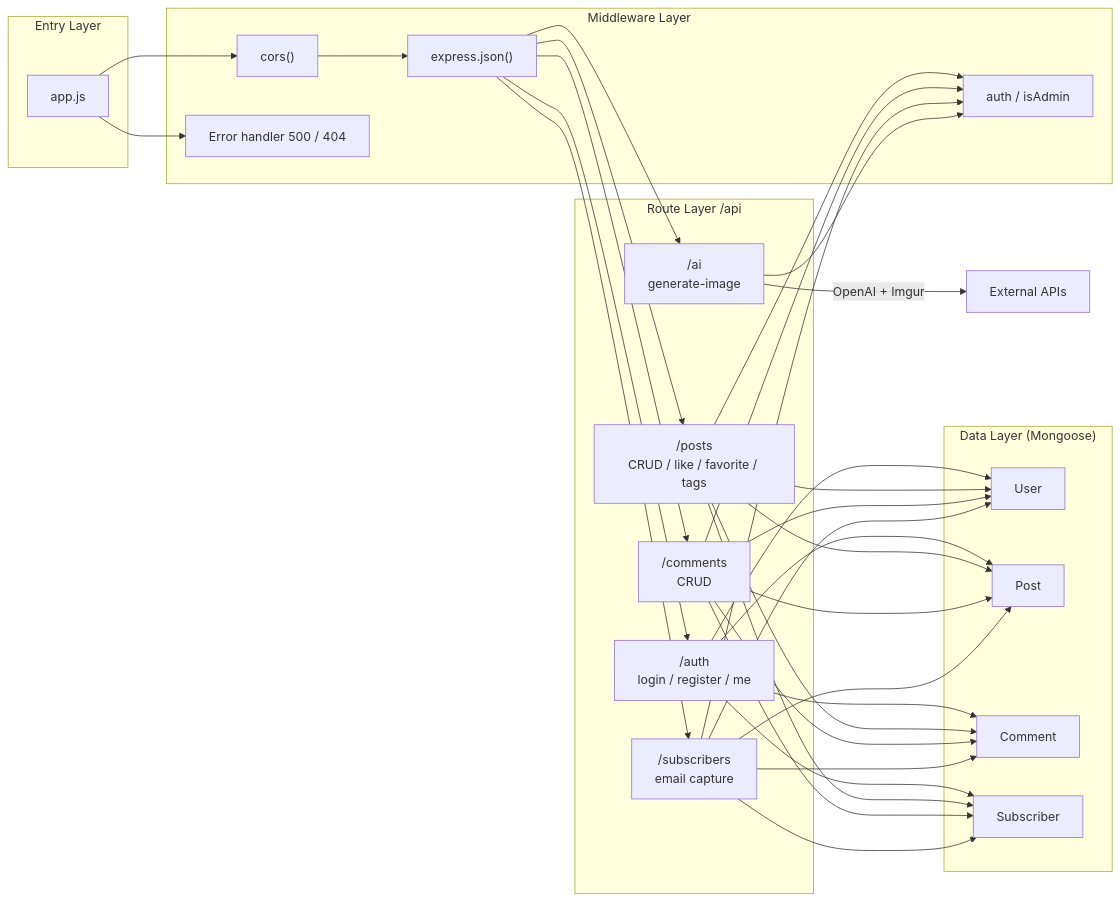
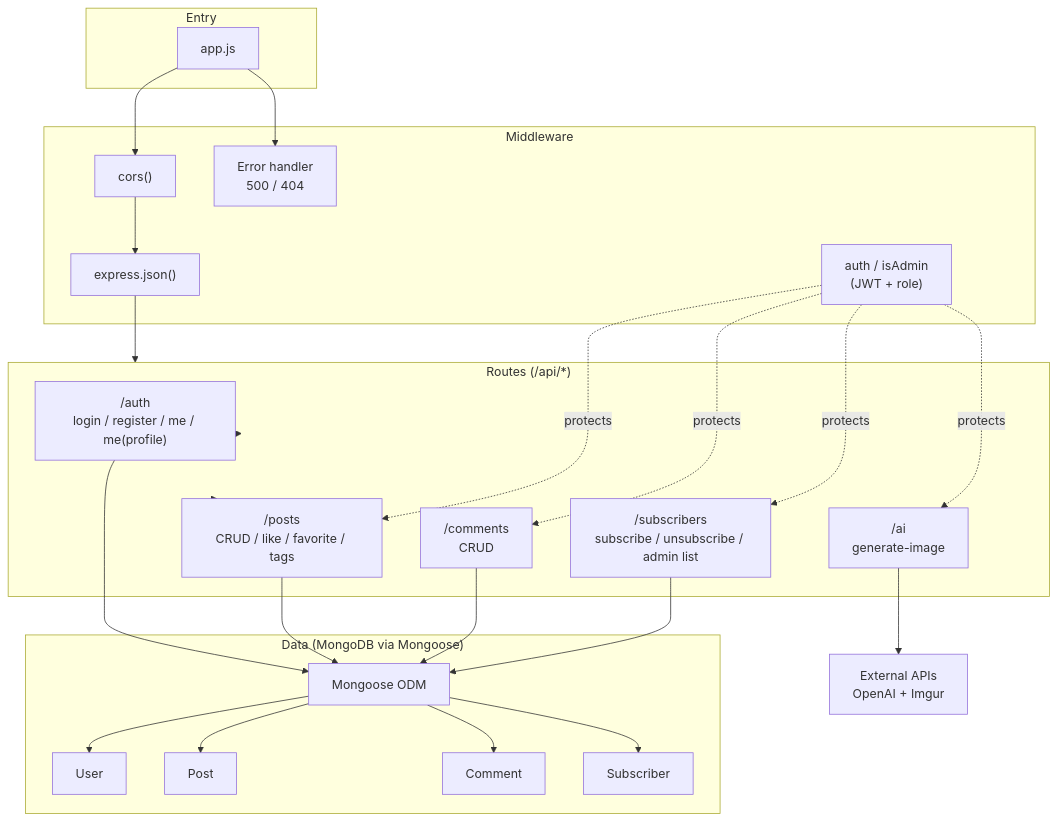
The first of 2 diagrams in docs/architecture/Backend-Architecture.md (MagicDogGuo/MyBlogPost), drawn with Mermaid before and after one commit.

Commit message:
Revise backend architecture documentation

````diff
--- a/docs/architecture/Backend-Architecture.md
+++ b/docs/architecture/Backend-Architecture.md
@@ -7,35 +7,52 @@
 ```mermaid
-flowchart LR
-    subgraph Entry["Entry Layer"]
+flowchart TB
+    %% Goal: keep lines readable by avoiding many-to-many edges.
+
+    subgraph Entry["Entry"]
         APP["app.js"]
     end
 
-    subgraph Middleware["Middleware Layer"]
+    subgraph Middleware["Middleware"]
         CORS["cors()"]
         JSON["express.json()"]
-        AUTH["auth / isAdmin"]
-        ERR["Error handler 500 / 404"]
+        AUTH["auth / isAdmin<br/>(JWT + role)"]
+        ERR["Error handler<br/>500 / 404"]
     end
 
-    subgraph Routes["Route Layer /api"]
-        R1["/auth<br/>login / register / me"]
-        R2["/posts<br/>CRUD / like / favorite / tags"]
-        R3["/comments<br/>CRUD"]
-        R4["/subscribers<br/>email capture"]
-        R5["/ai<br/>generate-image"]
+    subgraph Routes["Routes (/api/*)"]
+        R_AUTH["/auth<br/>login / register / me / me(profile)"]
+        R_POSTS["/posts<br/>CRUD / like / favorite / tags"]
+        R_COMMENTS["/comments<br/>CRUD"]
+        R_SUBS["/subscribers<br/>subscribe / unsubscribe / admin list"]
+        R_AI["/ai<br/>generate-image"]
     end
 
-    subgraph Models["Data Layer (Mongoose)"]
-        M1["User"]
-        M2["Post"]
-        M3["Comment"]
-        M4["Subscriber"]
+    subgraph Data["Data (MongoDB via Mongoose)"]
+        ODM["Mongoose ODM"]
+        U["User"]
+        P["Post"]
+        C["Comment"]
+        S["Subscriber"]
+        ODM --> U & P & C & S
     end
 
-    APP --> CORS --> JSON
-    JSON --> R1 & R2 & R3 & R4 & R5
-    R2 & R3 & R4 & R5 --> AUTH
-    R1 & R2 & R3 & R4 --> M1 & M2 & M3 & M4
-    R5 -->|"OpenAI + Imgur"| EXT["External APIs"]
+    EXT["External APIs<br/>OpenAI + Imgur"]
+
+    APP --> CORS --> JSON --> Routes
     APP --> ERR
+
+    Routes --> R_AUTH & R_POSTS & R_COMMENTS & R_SUBS & R_AI
+
+    %% Auth is applied only on protected routes
+    AUTH -.protects.-> R_POSTS
+    AUTH -.protects.-> R_COMMENTS
+    AUTH -.protects.-> R_SUBS
+    AUTH -.protects.-> R_AI
+
+    R_AUTH --> ODM
+    R_POSTS --> ODM
+    R_COMMENTS --> ODM
+    R_SUBS --> ODM
+
+    R_AI --> EXT
 ```
````
